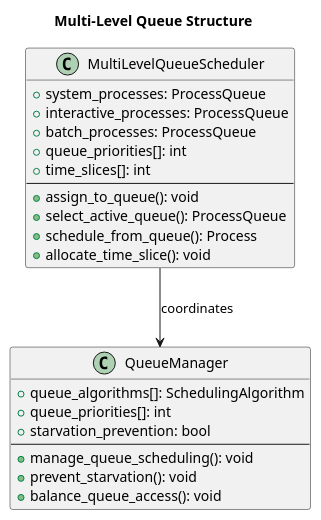
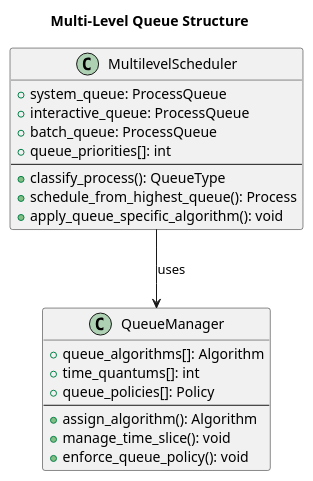
The second of 3 diagrams in Part-2/Ch-6-CPU-Scheduling/Advanced-Scheduling-Algorithms.md (mohitmishra786/myJourneyOfBuildingOS), drawn with PlantUML before and after one commit. The commit also changed other lines of this file and 5 other files, not shown here.

````diff
--- a/Part-2/Ch-6-CPU-Scheduling/Advanced-Scheduling-Algorithms.md
+++ b/Part-2/Ch-6-CPU-Scheduling/Advanced-Scheduling-Algorithms.md
@@ -245,30 +191,28 @@
 ```plantuml
 @startuml
 title "Multi-Level Queue Structure"
 
-class MultiLevelQueueScheduler {
-    +system_processes: ProcessQueue
-    +interactive_processes: ProcessQueue  
-    +batch_processes: ProcessQueue
+class MultilevelScheduler {
+    +system_queue: ProcessQueue
+    +interactive_queue: ProcessQueue
+    +batch_queue: ProcessQueue
     +queue_priorities[]: int
-    +time_slices[]: int
     --
-    +assign_to_queue(): void
-    +select_active_queue(): ProcessQueue
-    +schedule_from_queue(): Process
-    +allocate_time_slice(): void
+    +classify_process(): QueueType
+    +schedule_from_highest_queue(): Process
+    +apply_queue_specific_algorithm(): void
 }
 
 class QueueManager {
-    +queue_algorithms[]: SchedulingAlgorithm
-    +queue_priorities[]: int
-    +starvation_prevention: bool
+    +queue_algorithms[]: Algorithm
+    +time_quantums[]: int
+    +queue_policies[]: Policy
     --
-    +manage_queue_scheduling(): void
-    +prevent_starvation(): void
-    +balance_queue_access(): void
+    +assign_algorithm(): Algorithm
+    +manage_time_slice(): void
+    +enforce_queue_policy(): void
 }
 
-MultiLevelQueueScheduler --> QueueManager : coordinates
+MultilevelScheduler --> QueueManager : uses
 @enduml
 ```
````
